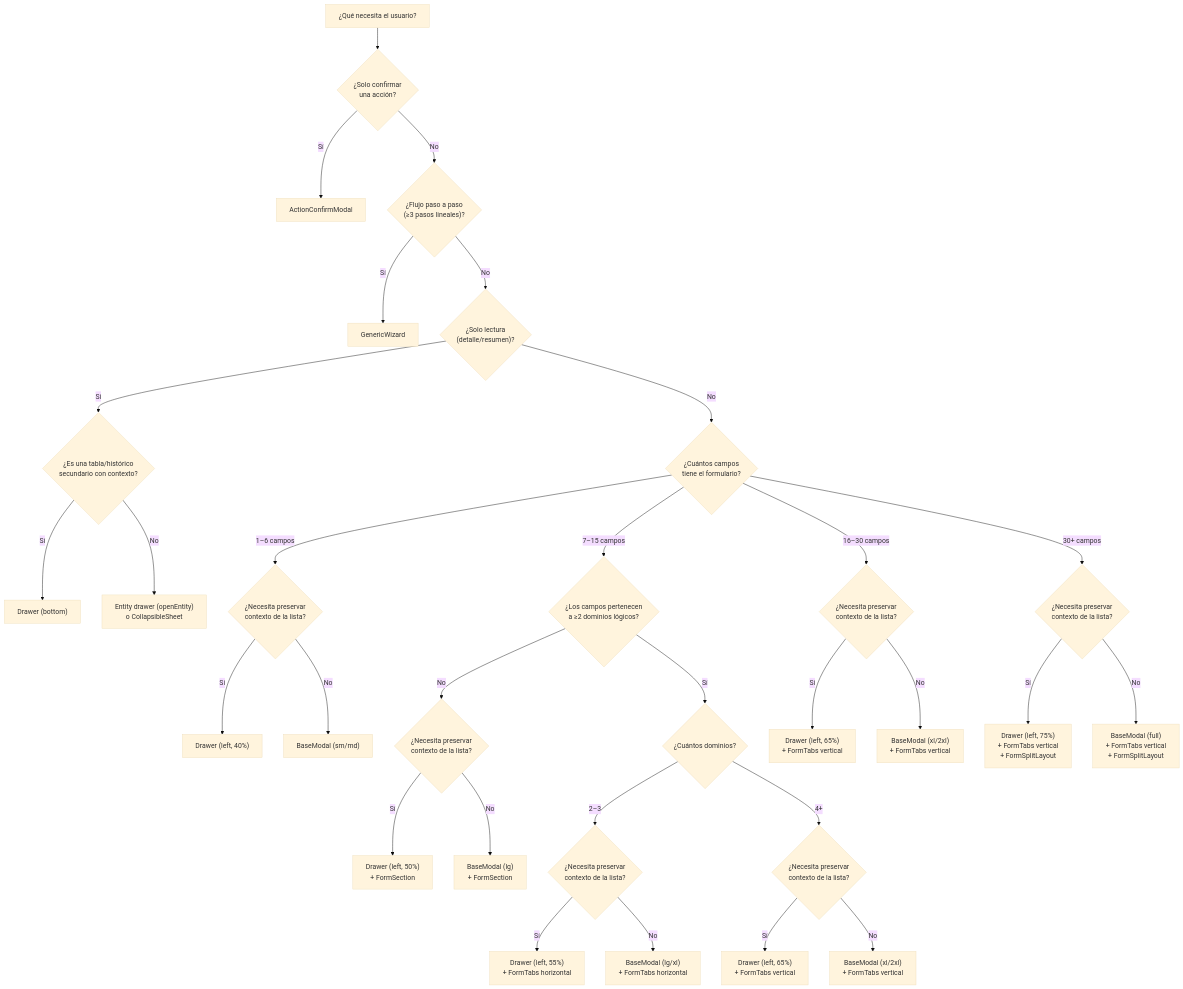
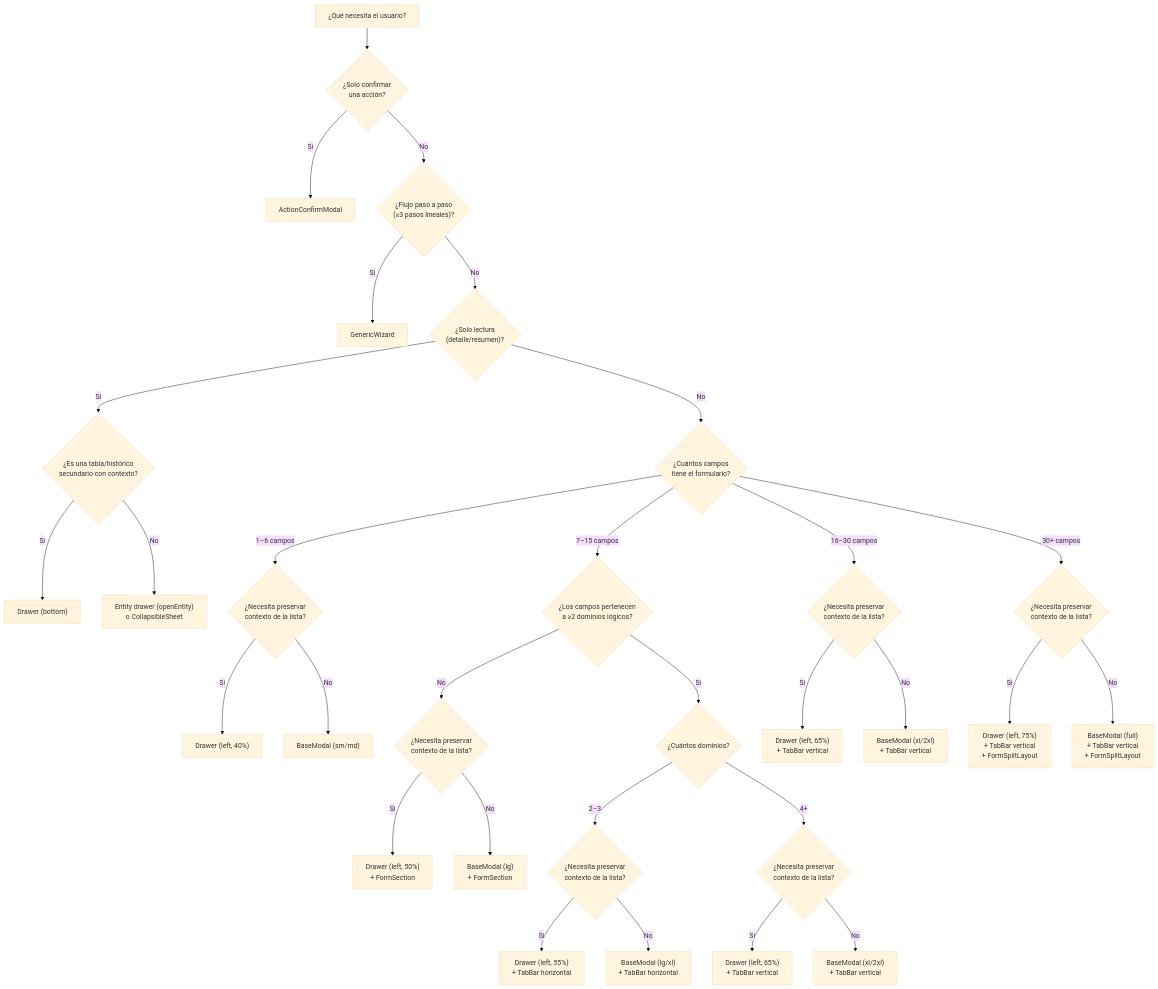
One commit to Patricoaa/ERPGrafico changed the first of 3 diagrams in docs/20-contracts/component-form-patterns.md. Above: the diagram before and after it, drawn with Mermaid (base theme). The commit also changed other lines of this file and 22 other files, not shown here.

````diff
--- a/docs/20-contracts/component-form-patterns.md
+++ b/docs/20-contracts/component-form-patterns.md
@@ -32,32 +32,32 @@
 ```mermaid
 graph TD
     START["¿Qué necesita el usuario?"] --> Q1{"¿Solo confirmar<br/>una acción?"}
     Q1 -->|Sí| ACM["ActionConfirmModal"]
     Q1 -->|No| Q2{"¿Flujo paso a paso<br/>(≥3 pasos lineales)?"}
     Q2 -->|Sí| WIZ["GenericWizard"]
     Q2 -->|No| Q3{"¿Solo lectura<br/>(detalle/resumen)?"}
     Q3 -->|Sí| Q_READONLY{"¿Es una tabla/histórico<br/>secundario con contexto?"}
     Q_READONLY -->|Sí| DRAWER["Drawer (bottom)"]
     Q_READONLY -->|No| TVM["Entity drawer (openEntity)<br/>o CollapsibleSheet"]
     Q3 -->|No| Q4{"¿Cuántos campos<br/>tiene el formulario?"}
     Q4 -->|"1–6 campos"| Q_CONTEXT{"¿Necesita preservar<br/>contexto de la lista?"}
     Q_CONTEXT -->|Sí| SIMPLE_DRAWER["Drawer (left, 40%)"]
     Q_CONTEXT -->|No| SIMPLE["BaseModal (sm/md)"]
     Q4 -->|"7–15 campos"| Q5{"¿Los campos pertenecen<br/>a ≥2 dominios lógicos?"}
     Q5 -->|No| Q_CONTEXT2{"¿Necesita preservar<br/>contexto de la lista?"}
     Q_CONTEXT2 -->|Sí| STD_DRAWER["Drawer (left, 50%)<br/>+ FormSection"]
     Q_CONTEXT2 -->|No| STANDARD["BaseModal (lg)<br/>+ FormSection"]
     Q5 -->|Sí| Q6{"¿Cuántos dominios?"}
     Q6 -->|"2–3"| TABS_H_Q{"¿Necesita preservar<br/>contexto de la lista?"}
-    TABS_H_Q -->|Sí| TABS_H_DRAWER["Drawer (left, 55%)<br/>+ FormTabs horizontal"]
-    TABS_H_Q -->|No| TABS_H["BaseModal (lg/xl)<br/>+ FormTabs horizontal"]
+    TABS_H_Q -->|Sí| TABS_H_DRAWER["Drawer (left, 55%)<br/>+ TabBar horizontal"]
+    TABS_H_Q -->|No| TABS_H["BaseModal (lg/xl)<br/>+ TabBar horizontal"]
     Q6 -->|"4+"| TABS_V_Q{"¿Necesita preservar<br/>contexto de la lista?"}
-    TABS_V_Q -->|Sí| TABS_V_DRAWER["Drawer (left, 65%)<br/>+ FormTabs vertical"]
-    TABS_V_Q -->|No| TABS_V["BaseModal (xl/2xl)<br/>+ FormTabs vertical"]
+    TABS_V_Q -->|Sí| TABS_V_DRAWER["Drawer (left, 65%)<br/>+ TabBar vertical"]
+    TABS_V_Q -->|No| TABS_V["BaseModal (xl/2xl)<br/>+ TabBar vertical"]
     Q4 -->|"16–30 campos"| Q_COMPLEX{"¿Necesita preservar<br/>contexto de la lista?"}
-    Q_COMPLEX -->|Sí| COMPLEX_DRAWER["Drawer (left, 65%)<br/>+ FormTabs vertical"]
-    Q_COMPLEX -->|No| COMPLEX["BaseModal (xl/2xl)<br/>+ FormTabs vertical"]
+    Q_COMPLEX -->|Sí| COMPLEX_DRAWER["Drawer (left, 65%)<br/>+ TabBar vertical"]
+    Q_COMPLEX -->|No| COMPLEX["BaseModal (xl/2xl)<br/>+ TabBar vertical"]
     Q4 -->|"30+ campos"| Q_MASTER{"¿Necesita preservar<br/>contexto de la lista?"}
-    Q_MASTER -->|Sí| MASTER_DRAWER["Drawer (left, 75%)<br/>+ FormTabs vertical<br/>+ FormSplitLayout"]
-    Q_MASTER -->|No| MASTER["BaseModal (full)<br/>+ FormTabs vertical<br/>+ FormSplitLayout"]
+    Q_MASTER -->|Sí| MASTER_DRAWER["Drawer (left, 75%)<br/>+ TabBar vertical<br/>+ FormSplitLayout"]
+    Q_MASTER -->|No| MASTER["BaseModal (full)<br/>+ TabBar vertical<br/>+ FormSplitLayout"]
 ```
````
